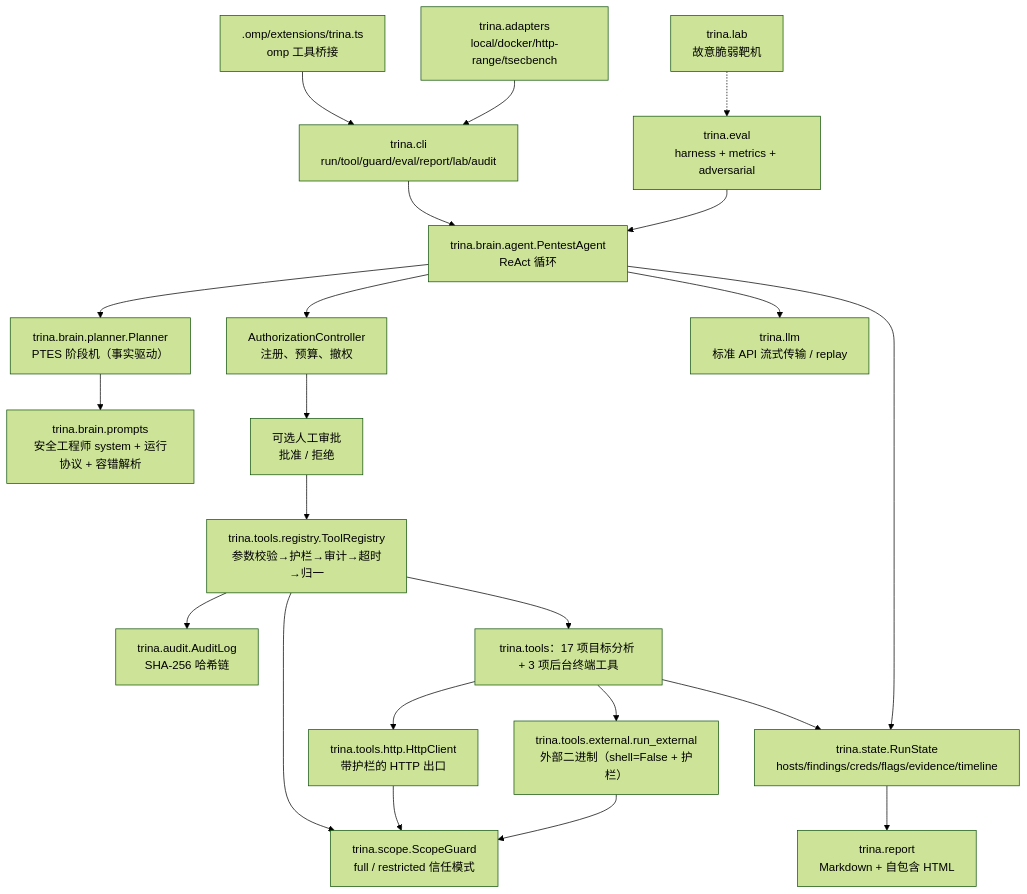
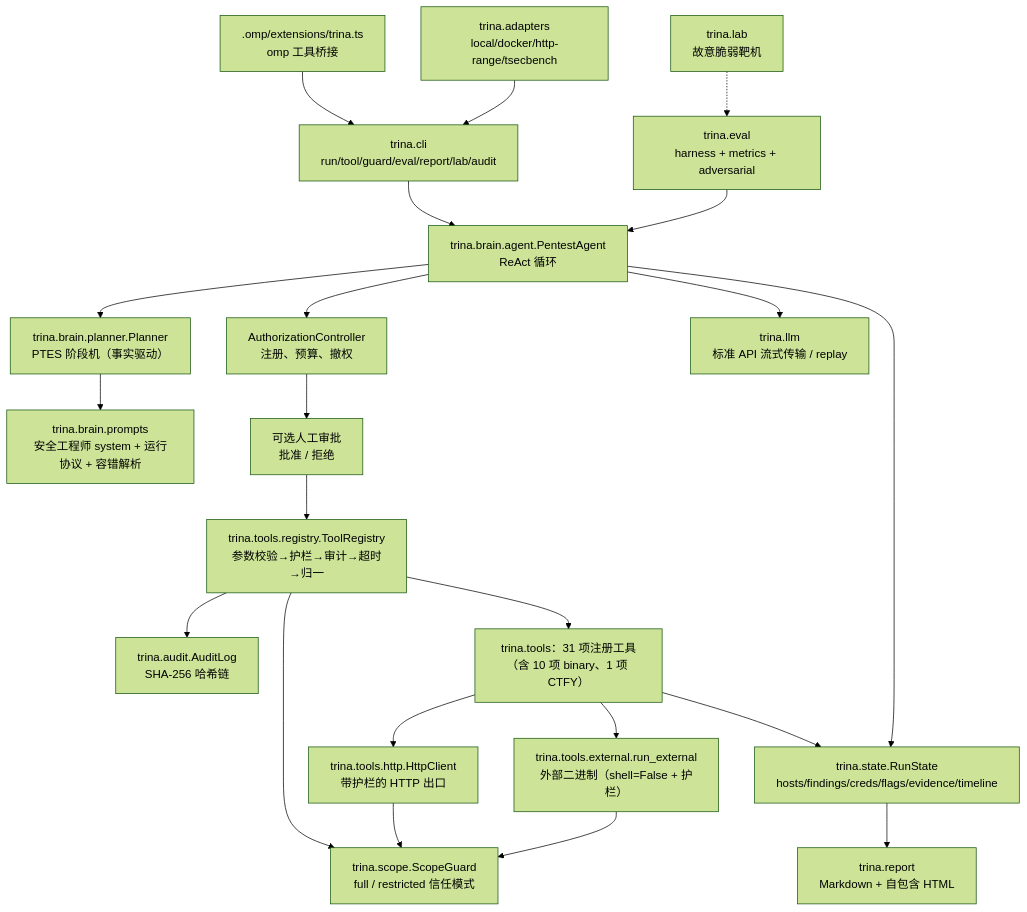
Before and after one commit to YHalo-wyh/Trina: the diagram in docs/ARCHITECTURE.md, drawn with Mermaid (forest theme). The commit also changed other lines of this file and 78 other files, not shown here.

Commit message:
feat: add native binary runtime and CTFY support

````diff
--- a/docs/ARCHITECTURE.md
+++ b/docs/ARCHITECTURE.md
@@ -11,39 +11,39 @@
 ```mermaid
 flowchart TB
     CLI["trina.cli<br/>run/tool/guard/eval/report/lab/audit"]
     OMPEXT[".omp/extensions/trina.ts<br/>omp 工具桥接"]
     AGENT["trina.brain.agent.PentestAgent<br/>ReAct 循环"]
     PLANNER["trina.brain.planner.Planner<br/>PTES 阶段机（事实驱动）"]
     PROMPTS["trina.brain.prompts<br/>安全工程师 system + 运行协议 + 容错解析"]
     POLICY["AuthorizationController<br/>注册、预算、撤权"]
     APPROVAL["可选人工审批<br/>批准 / 拒绝"]
     REG["trina.tools.registry.ToolRegistry<br/>参数校验→护栏→审计→超时→归一"]
     GUARD["trina.scope.ScopeGuard<br/>full / restricted 信任模式"]
     AUDIT["trina.audit.AuditLog<br/>SHA-256 哈希链"]
     STATE["trina.state.RunState<br/>hosts/findings/creds/flags/evidence/timeline"]
-    TOOLS["trina.tools：17 项目标分析 + 3 项后台终端工具"]
+    TOOLS["trina.tools：31 项注册工具（含 10 项 binary、1 项 CTFY）"]
     HTTP["trina.tools.http.HttpClient<br/>带护栏的 HTTP 出口"]
     EXT["trina.tools.external.run_external<br/>外部二进制（shell=False + 护栏）"]
     LLM["trina.llm<br/>标准 API 流式传输 / replay"]
     ADAPT["trina.adapters<br/>local/docker/http-range/tsecbench"]
     EVAL["trina.eval<br/>harness + metrics + adversarial"]
     LAB["trina.lab<br/>故意脆弱靶机"]
     REPORT["trina.report<br/>Markdown + 自包含 HTML"]
 
     CLI --> AGENT
     OMPEXT --> CLI
     AGENT --> PLANNER --> PROMPTS
     AGENT --> LLM
     AGENT --> POLICY --> APPROVAL --> REG
     REG --> GUARD
     REG --> AUDIT
     REG --> TOOLS
     TOOLS --> HTTP --> GUARD
     TOOLS --> EXT --> GUARD
     TOOLS --> STATE
     AGENT --> STATE
     STATE --> REPORT
     ADAPT --> CLI
     EVAL --> AGENT
     LAB -.-> EVAL
 ```
````
